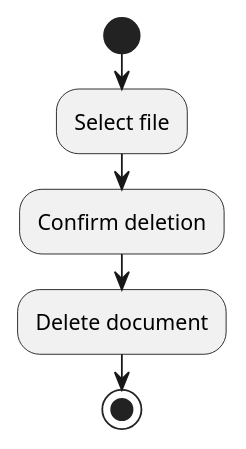
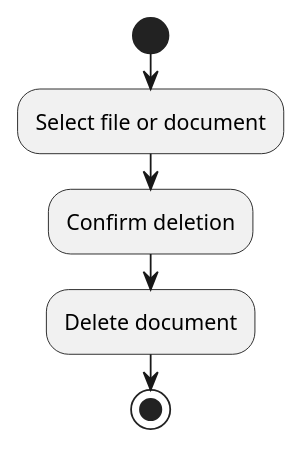
The diagram in architecture/activity_document_deletion.puml (barnalismollich/coyotiv-barnali-smollich), drawn with PlantUML before and after one commit.

Commit message:
Check and correct puml files to current status

```diff
--- a/architecture/activity_document_deletion.puml
+++ b/architecture/activity_document_deletion.puml
@@ -1,11 +1,11 @@
 @startuml activity.puml
 
 start
 
-:Select file;
+:Select file or document;
 :Confirm deletion;
 :Delete document;
 
 stop
 
 @enduml
```
